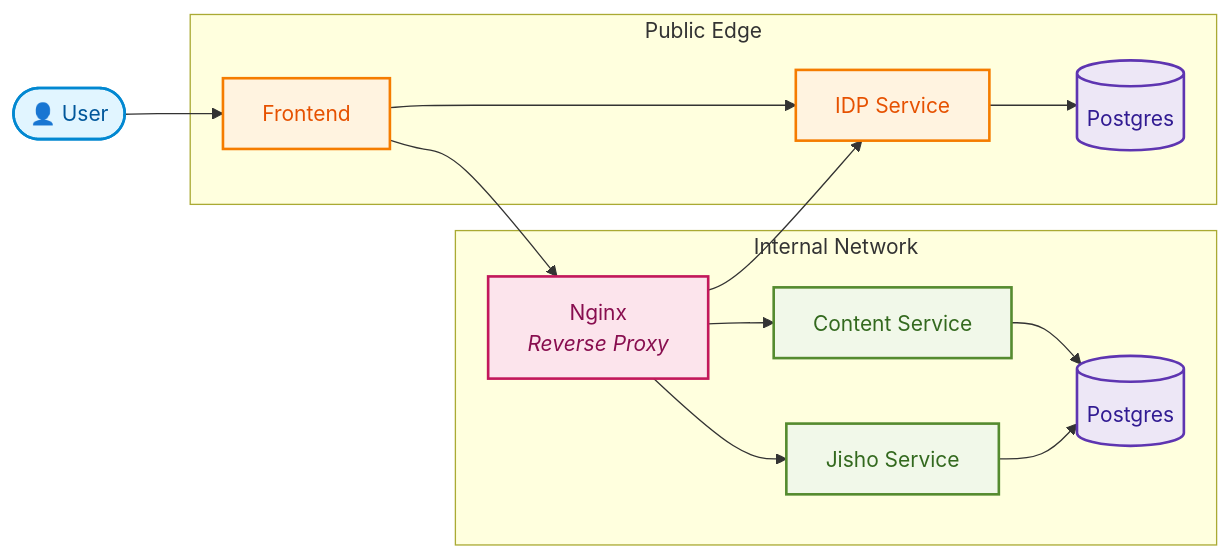
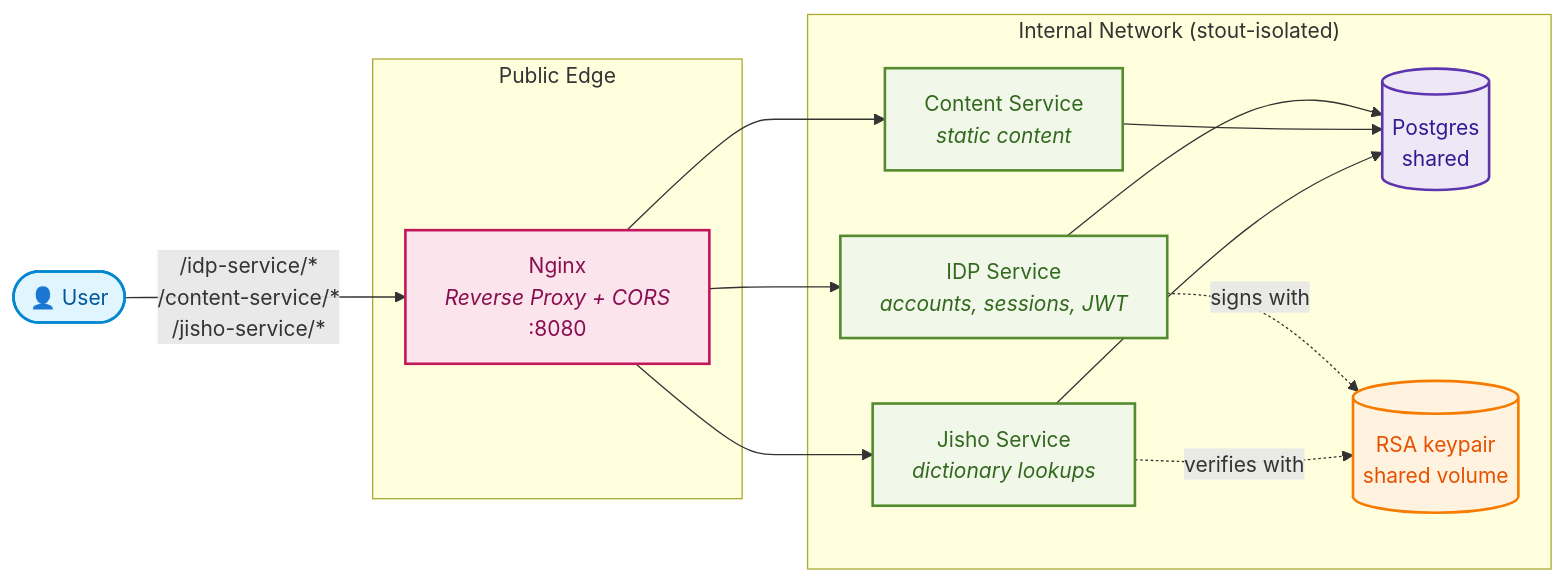
One commit to teunstout/stout-service-go changed the first of 2 diagrams in README.md. Above: the diagram before and after it, drawn with Mermaid. The commit also changed other lines of this file and 5 other files, not shown here.

First line of the commit message:
docs: refresh architecture diagram and sync service READMEs with actual routes

````diff
--- a/README.md
+++ b/README.md
@@ -17,40 +31,40 @@
 ```mermaid
 flowchart LR
     user(["👤 User"])
 
     subgraph public["Public Edge"]
-        frontend["Frontend"]
-        idpService["IDP Service"]
-        databaseIdp[("Postgres")]
+        nginx["Nginx<br/><i>Reverse Proxy + CORS</i><br/>:8080"]
     end
 
-    subgraph internal["Internal Network"]
-        nginx["Nginx<br/><i>Reverse Proxy</i>"]
-        contentService["Content Service"]
-        jishoService["Jisho Service"]
-        database[("Postgres")]
+    subgraph internal["Internal Network (stout-isolated)"]
+        idpService["IDP Service<br/><i>accounts, sessions, JWT</i>"]
+        contentService["Content Service<br/><i>static content</i>"]
+        jishoService["Jisho Service<br/><i>dictionary lookups</i>"]
+        database[("Postgres<br/>shared")]
+        keys[("RSA keypair<br/>shared volume")]
     end
 
-    user --> frontend
-    frontend --> idpService
-    frontend --> nginx
-    idpService --> databaseIdp
+    user -->|"/idp-service/*<br/>/content-service/*<br/>/jisho-service/*"| nginx
     nginx --> idpService
     nginx --> contentService
     nginx --> jishoService
+
+    idpService --> database
     contentService --> database
     jishoService --> database
 
+    idpService -.->|signs with| keys
+    jishoService -.->|verifies with| keys
+
     classDef userStyle fill:#e1f5ff,stroke:#0288d1,stroke-width:2px,color:#01579b
-    classDef edgeStyle fill:#fff3e0,stroke:#f57c00,stroke-width:2px,color:#e65100
+    classDef proxyStyle fill:#fce4ec,stroke:#c2185b,stroke-width:2px,color:#880e4f
     classDef internalStyle fill:#f1f8e9,stroke:#558b2f,stroke-width:2px,color:#33691e
-    classDef proxyStyle fill:#fce4ec,stroke:#c2185b,stroke-width:2px,color:#880e4f
     classDef dbStyle fill:#ede7f6,stroke:#5e35b1,stroke-width:2px,color:#311b92
+    classDef keyStyle fill:#fff3e0,stroke:#f57c00,stroke-width:2px,color:#e65100
 
     class user userStyle
-    class frontend,idpService edgeStyle
-    class contentService,jishoService internalStyle
     class nginx proxyStyle
+    class idpService,contentService,jishoService internalStyle
     class database dbStyle
-    class databaseIdp dbStyle
+    class keys keyStyle
 ```
````
